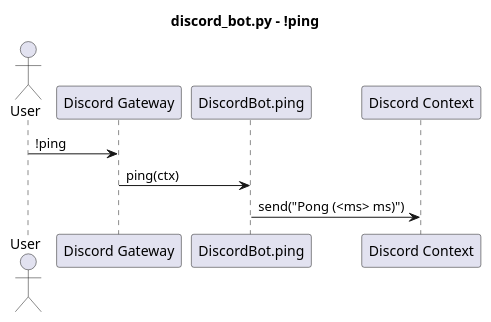
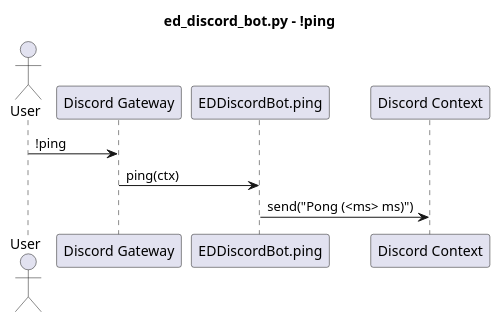
The first of 7 diagrams in docs/discord_bot_sequences.puml (fazleskhan/elite_dangerous_discord_tools), drawn with PlantUML before and after one commit. The commit also changed other lines of this file and 73 other files, not shown here.

Commit message:
updated diagrams, readme, code comments and blacked source

```diff
--- a/docs/discord_bot_sequences.puml
+++ b/docs/discord_bot_sequences.puml
@@ -1,12 +1,12 @@
-@startuml discord_bot_ping
-title discord_bot.py - !ping
+@startuml ed_discord_bot_ping
+title ed_discord_bot.py - !ping
 
 actor User
 participant "Discord Gateway" as Gateway
-participant "DiscordBot.ping" as Bot
+participant "EDDiscordBot.ping" as Bot
 participant "Discord Context" as Ctx
 
 User -> Gateway : !ping
 Gateway -> Bot : ping(ctx)
 Bot -> Ctx : send("Pong (<ms> ms)")
 @enduml
```
